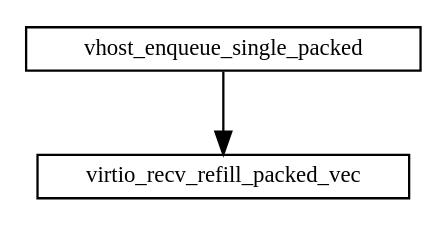
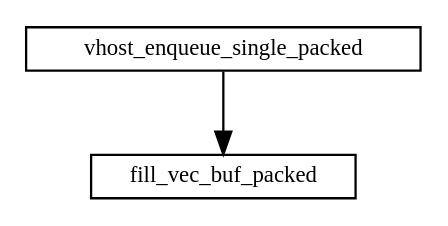
Before and after one commit to sisyphus1212/note: the third of 3 diagrams in 虚拟化/virtio.md, drawn with Graphviz.

Commit message:
auto_update

````diff
--- a/虚拟化/virtio.md
+++ b/虚拟化/virtio.md
@@ -72,11 +72,11 @@
 ```graphviz
 digraph {
     fontname="Helvetica,Arial,sans-serif"
     //node [fontname="Helvetica,Arial,sans-serif"]
     //edge [fontname="Helvetica,Arial,sans-serif"]
     //rankdir="LR"
     node [fontsize=10, shape=record, height=0.25]
     edge [fontsize=10]
-    vhost_enqueue_single_packed -> virtio_recv_refill_packed_vec
+    vhost_enqueue_single_packed -> fill_vec_buf_packed
 }
 ```
````
